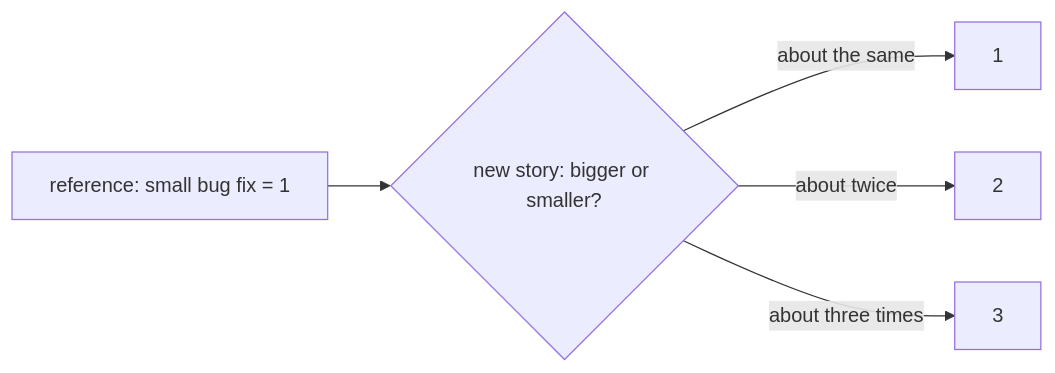
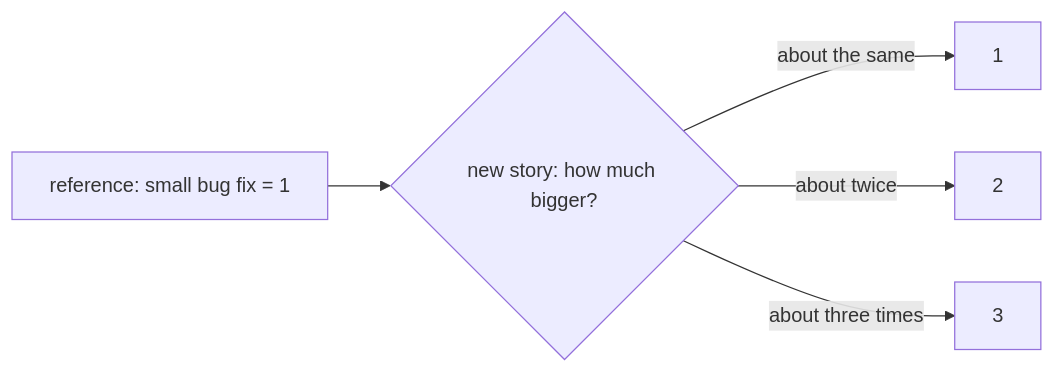
One commit to duyan11110/lo-trinh-architect changed the diagram in content/tracks/management/stories-and-estimation/management.l1.relative-estimation.en.md. Above: the diagram before and after it, drawn with Mermaid. The commit also changed other lines of this file and 3 other files, not shown here.

````diff
--- a/content/tracks/management/stories-and-estimation/management.l1.relative-estimation.en.md
+++ b/content/tracks/management/stories-and-estimation/management.l1.relative-estimation.en.md
@@ -37,7 +37,7 @@
 ```mermaid
 flowchart LR
-  R[reference: small bug fix = 1] --> C{new story: bigger or smaller?}
+  R[reference: small bug fix = 1] --> C{new story: how much bigger?}
   C -->|about the same| A[1]
   C -->|about twice| B[2]
   C -->|about three times| D[3]
 ```
````
